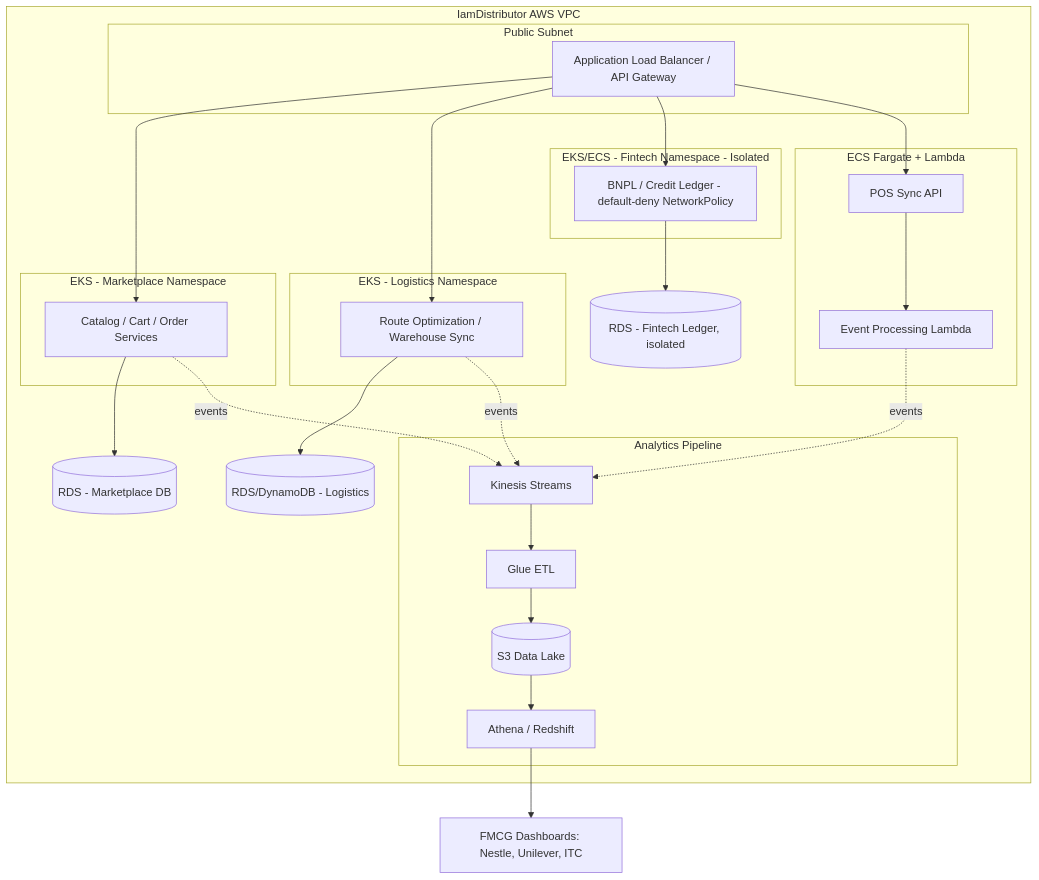
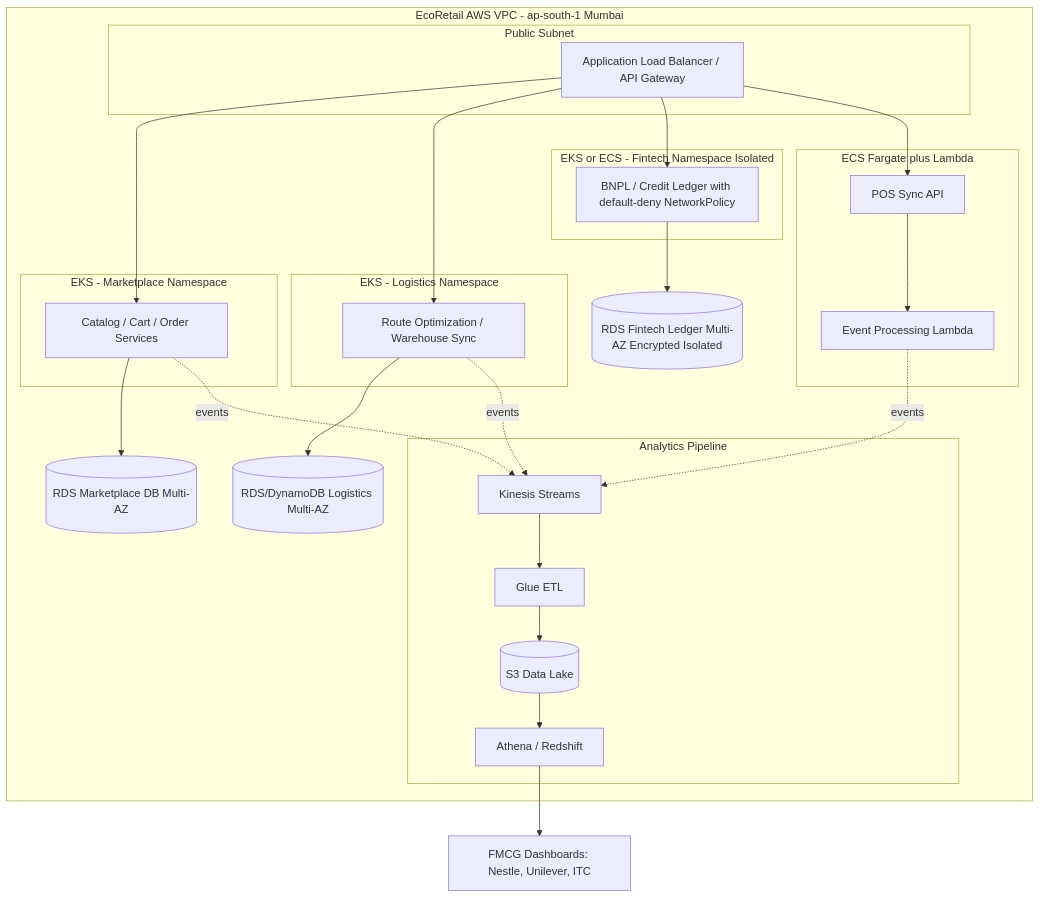
The seventh of 12 diagrams in IamDistributor.md (vilasvarghesescaler/CompanySpecific), drawn with Mermaid before and after one commit. The commit also changed other lines of this file, not shown here.

First line of the commit message:
Revise IamDistributor to EcoRetail use case documentation

````diff
--- a/IamDistributor.md
+++ b/IamDistributor.md
@@ -206,49 +180,40 @@
 ```mermaid
 flowchart TB
-    subgraph VPC["IamDistributor AWS VPC"]
+    subgraph VPC["EcoRetail AWS VPC - ap-south-1 Mumbai"]
         subgraph PublicSubnet["Public Subnet"]
             ALB[Application Load Balancer / API Gateway]
         end
-
         subgraph MarketplaceNS["EKS - Marketplace Namespace"]
             MktPods[Catalog / Cart / Order Services]
         end
-
         subgraph LogisticsNS["EKS - Logistics Namespace"]
             LogPods[Route Optimization / Warehouse Sync]
         end
-
-        subgraph FintechNS["EKS/ECS - Fintech Namespace - Isolated"]
-            FinPods[BNPL / Credit Ledger - default-deny NetworkPolicy]
+        subgraph FintechNS["EKS or ECS - Fintech Namespace Isolated"]
+            FinPods[BNPL / Credit Ledger with default-deny NetworkPolicy]
         end
-
-        subgraph POSStack["ECS Fargate + Lambda"]
+        subgraph POSStack["ECS Fargate plus Lambda"]
             POSApi[POS Sync API]
             POSLambda[Event Processing Lambda]
         end
-
         subgraph DataStack["Analytics Pipeline"]
             Kinesis[Kinesis Streams]
             Glue[Glue ETL]
             S3DL[(S3 Data Lake)]
             Redshift[Athena / Redshift]
         end
-
         ALB --> MktPods
         ALB --> LogPods
         ALB --> FinPods
         ALB --> POSApi
         POSApi --> POSLambda
-
-        MktPods --> RDSPrimary[("RDS - Marketplace DB")]
-        LogPods --> RDSLogistics[("RDS/DynamoDB - Logistics")]
-        FinPods --> RDSFin[("RDS - Fintech Ledger, isolated")]
-
+        MktPods --> RDSPrimary[("RDS Marketplace DB Multi-AZ")]
+        LogPods --> RDSLogistics[("RDS/DynamoDB Logistics Multi-AZ")]
+        FinPods --> RDSFin[("RDS Fintech Ledger Multi-AZ Encrypted Isolated")]
         MktPods -.events.-> Kinesis
         LogPods -.events.-> Kinesis
         POSLambda -.events.-> Kinesis
         Kinesis --> Glue --> S3DL --> Redshift
     end
-
     Redshift --> Partners[FMCG Dashboards: Nestle, Unilever, ITC]
 ```
````
